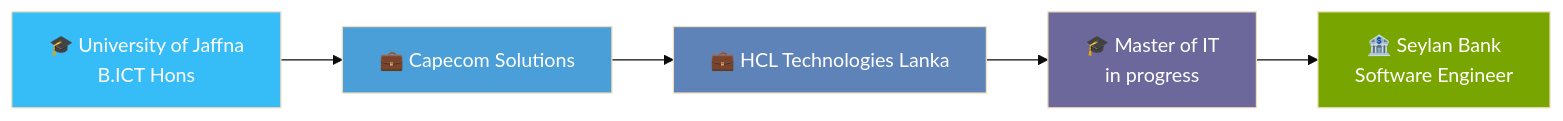
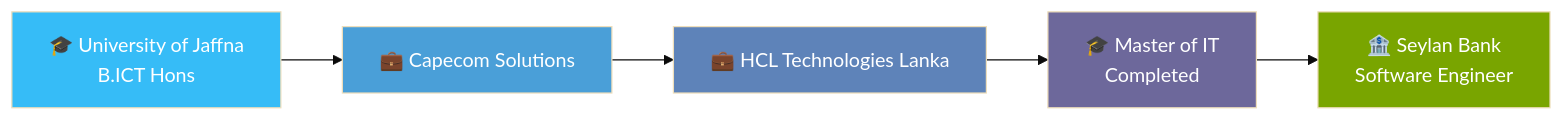
Before and after one commit to kesavaram96/kesavaram96: the diagram in README.md, drawn with Mermaid (base theme). The commit also changed other lines of this file and 2 other files, not shown here.

````diff
--- a/README.md
+++ b/README.md
@@ -32,12 +36,12 @@
 ```mermaid
 graph LR
     A[🎓 University of Jaffna<br/>B.ICT Hons] --> B[💼 Capecom Solutions]
     B --> C[💼 HCL Technologies Lanka]
-    C --> D[🎓 Master of IT<br/>in progress]
+    C --> D[🎓 Master of IT<br/>Completed]
     D --> E[🏦 Seylan Bank<br/>Software Engineer]
     style A fill:#36BCF7,color:#fff
     style B fill:#4a9fd8,color:#fff
     style C fill:#5e83b9,color:#fff
     style D fill:#6d689b,color:#fff
     style E fill:#79A500,color:#fff
 ```
````
